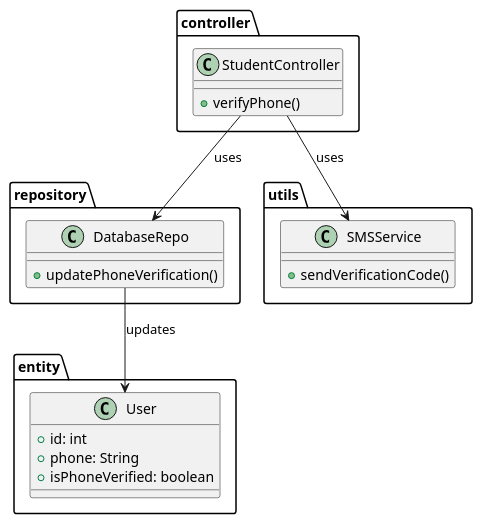
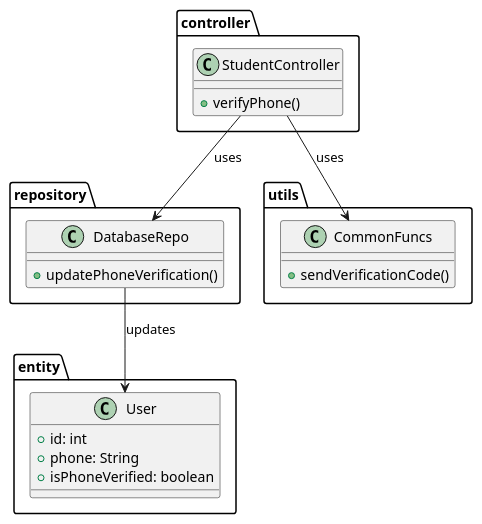
Before and after one commit to iamSlightlyWind/Legacy: the diagram in SWD392/class_diagrams/9_phone_verification.puml, drawn with PlantUML. The commit also changed 34 other files, not shown here.

Commit message:
SWD392: Class Diagrams: Fixed Code Package missmatch

```diff
--- a/SWD392/class_diagrams/9_phone_verification.puml
+++ b/SWD392/class_diagrams/9_phone_verification.puml
@@ -1,31 +1,31 @@
 @startuml
 package controller {
     class StudentController {
         +verifyPhone()
     }
 }
 
 package repository {
     class DatabaseRepo {
         +updatePhoneVerification()
     }
 }
 
 package utils {
-    class SMSService {
+    class CommonFuncs {
         +sendVerificationCode()
     }
 }
 
 package entity {
     class User {
         +id: int
         +phone: String
         +isPhoneVerified: boolean
     }
 }
 
 StudentController --> DatabaseRepo : uses
-StudentController --> SMSService : uses
+StudentController --> CommonFuncs : uses
 DatabaseRepo --> User : updates
 @enduml
```
